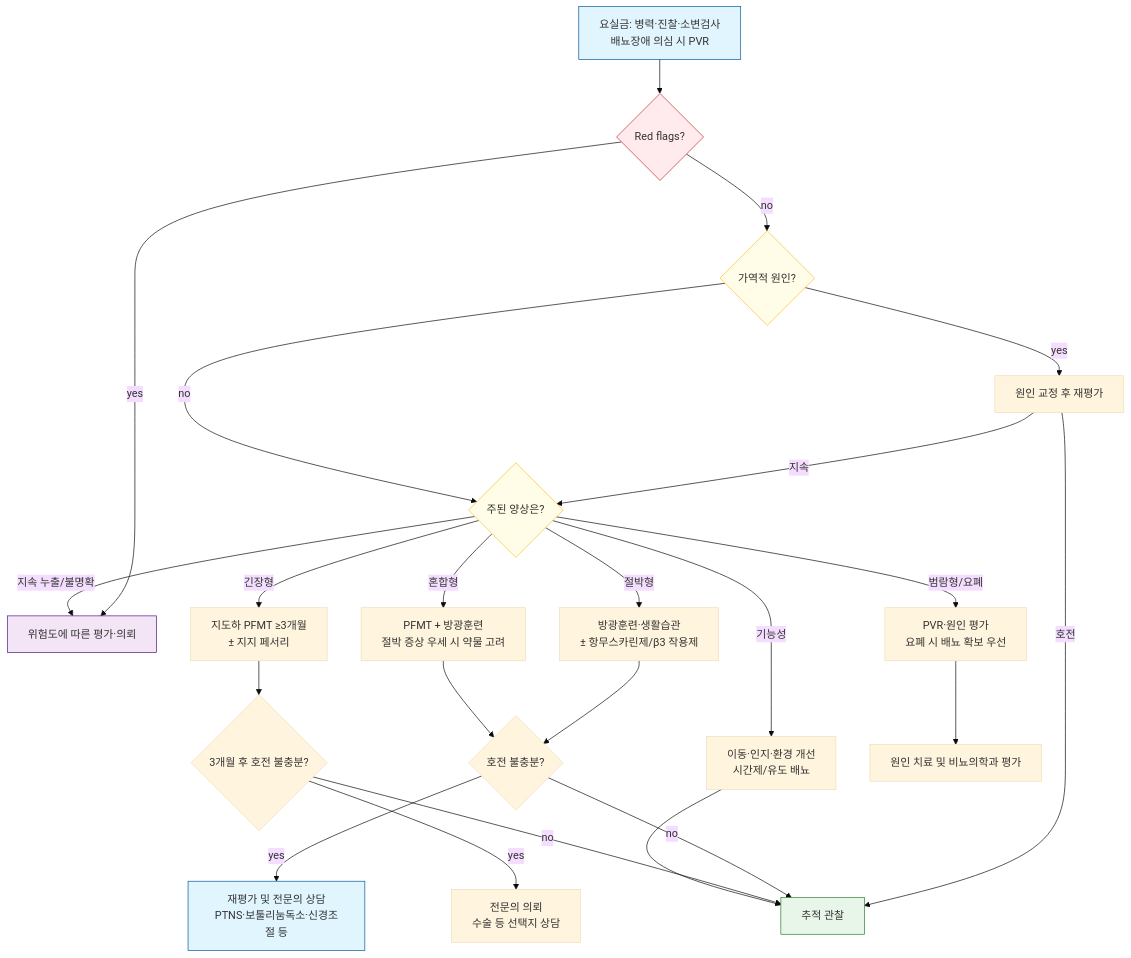
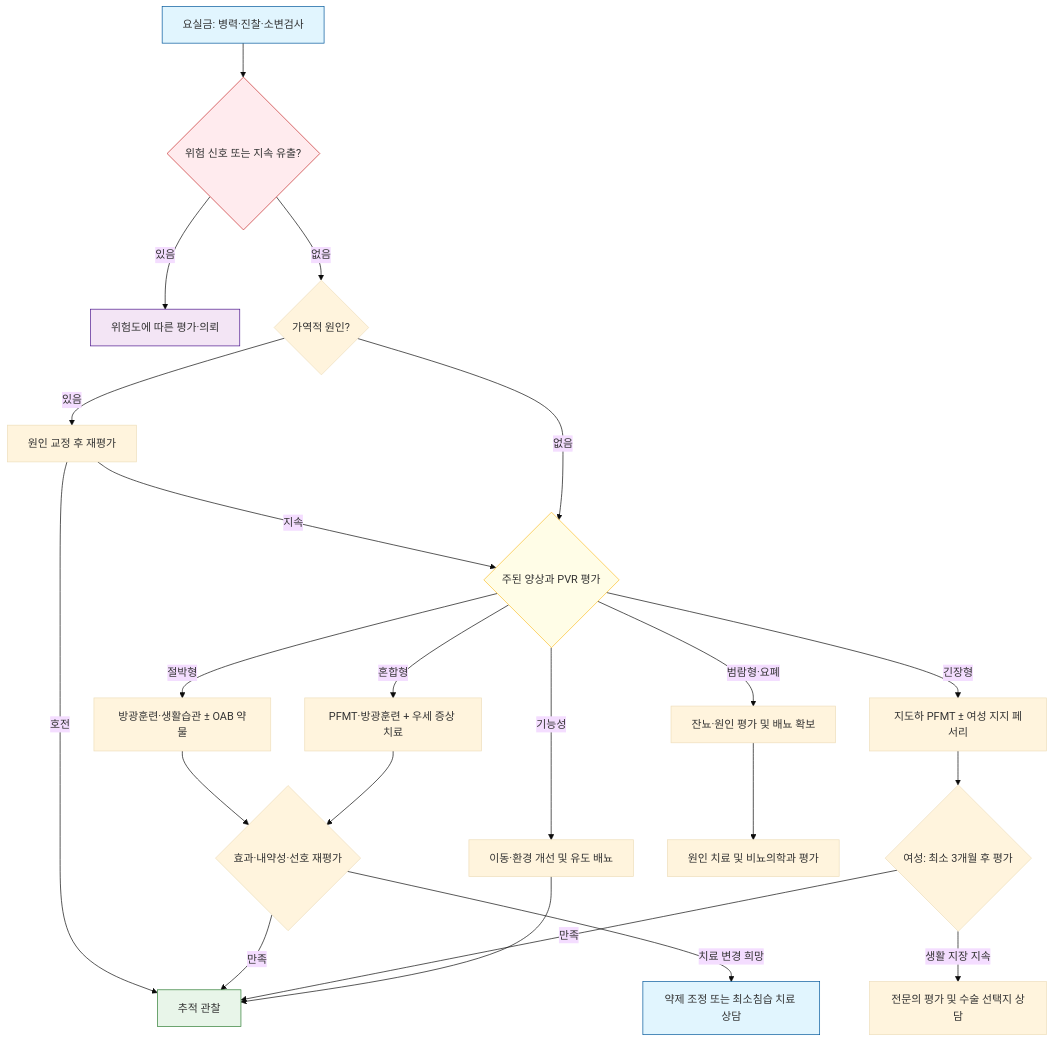
The diagram in 227_/125_-urinary-incontinence.md (familyoh77/familyoh77), drawn with Mermaid (base theme) before and after one commit. The commit also changed other lines of this file and 9 other files, not shown here.

````diff
--- a/227_/125_-urinary-incontinence.md
+++ b/227_/125_-urinary-incontinence.md
@@ -121,33 +132,30 @@
 ```mermaid
-graph TD
-    A["요실금: 병력·진찰·소변검사<br/>배뇨장애 의심 시 PVR"] --> B{"Red flags?"}
-    B -->|yes| C["위험도에 따른 평가·의뢰"]
-    B -->|no| D{"가역적 원인?"}
-    D -->|yes| E["원인 교정 후 재평가"]
-    E -->|지속| H{"주된 양상은?"}
+flowchart TD
+    A["요실금: 병력·진찰·소변검사"] --> B{"위험 신호 또는 지속 유출?"}
+    B -->|있음| C["위험도에 따른 평가·의뢰"]
+    B -->|없음| D{"가역적 원인?"}
+    D -->|있음| E["원인 교정 후 재평가"]
     E -->|호전| S["추적 관찰"]
-    D -->|no| H
-    H -->|절박형| J["방광훈련·생활습관<br/>± 항무스카린제/β3 작용제"]
-    H -->|긴장형| K["지도하 PFMT ≥3개월<br/>± 지지 페서리"]
-    H -->|혼합형| I["PFMT + 방광훈련<br/>절박 증상 우세 시 약물 고려"]
-    H -->|범람형/요폐| L["PVR·원인 평가<br/>요폐 시 배뇨 확보 우선"]
-    H -->|기능성| T["이동·인지·환경 개선<br/>시간제/유도 배뇨"]
-    H -->|지속 누출/불명확| C
-    J --> M{"호전 불충분?"}
+    E -->|지속| H{"주된 양상과 PVR 평가"}
+    D -->|없음| H
+    H -->|절박형| J["방광훈련·생활습관 ± OAB 약물"]
+    H -->|긴장형| K["지도하 PFMT ± 여성 지지 페서리"]
+    H -->|혼합형| I["PFMT·방광훈련 + 우세 증상 치료"]
+    H -->|범람형·요폐| L["잔뇨·원인 평가 및 배뇨 확보"]
+    H -->|기능성| T["이동·환경 개선 및 유도 배뇨"]
+    J --> M{"효과·내약성·선호 재평가"}
     I --> M
-    M -->|yes| Q["재평가 및 전문의 상담<br/>PTNS·보툴리눔독소·신경조절 등"]
-    M -->|no| S
-    K --> N{"3개월 후 호전 불충분?"}
-    N -->|yes| R["전문의 의뢰<br/>수술 등 선택지 상담"]
-    N -->|no| S
+    M -->|만족| S
+    M -->|치료 변경 희망| Q["약제 조정 또는 최소침습 치료 상담"]
+    K --> N{"여성: 최소 3개월 후 평가"}
+    N -->|만족| S
+    N -->|생활 지장 지속| R["전문의 평가 및 수술 선택지 상담"]
     L --> U["원인 치료 및 비뇨의학과 평가"]
     T --> S
-
     style A fill:#e1f5fe,stroke:#01579b
     style B fill:#ffebee,stroke:#c62828
     style C fill:#f3e5f5,stroke:#4a148c
-    style D fill:#fffde7,stroke:#fbc02d
     style H fill:#fffde7,stroke:#fbc02d
     style Q fill:#e1f5fe,stroke:#01579b
     style S fill:#e8f5e9,stroke:#2e7d32
 ```
````
